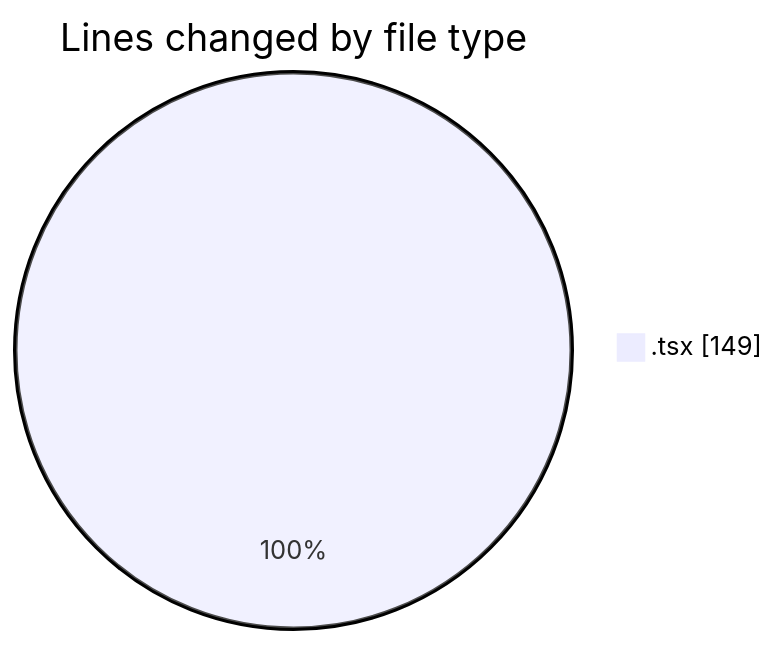
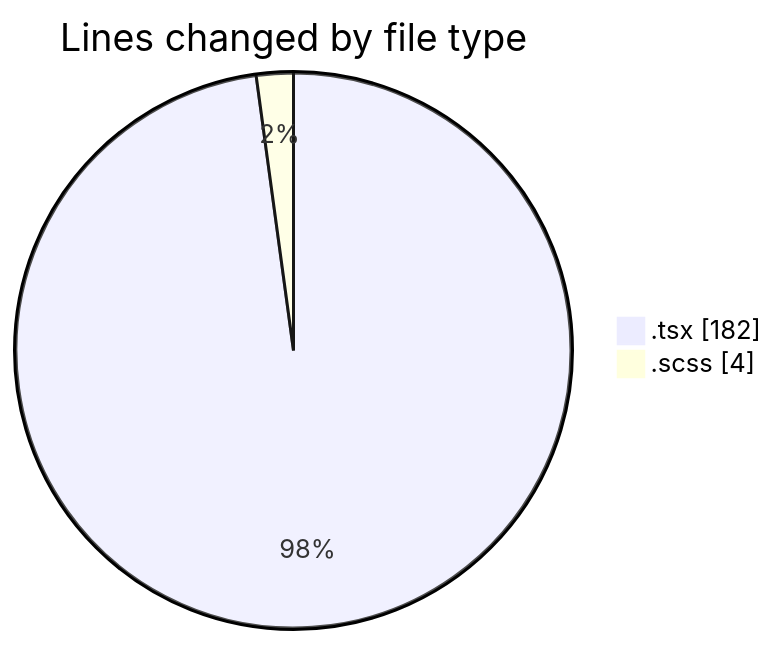
One commit to momahboobian/code-tracking changed the first of 2 diagrams in 2025-02-13/cda/README.md. Above: the diagram before and after it, drawn with Mermaid. The commit also changed other lines of this file and 1 other file, not shown here.

````diff
--- a/2025-02-13/cda/README.md
+++ b/2025-02-13/cda/README.md
@@ -22,5 +24,6 @@
 ```mermaid
 pie showData
 title Lines changed by file type
-".tsx" : 149
+".tsx" : 182
+".scss" : 4
 ```
````
